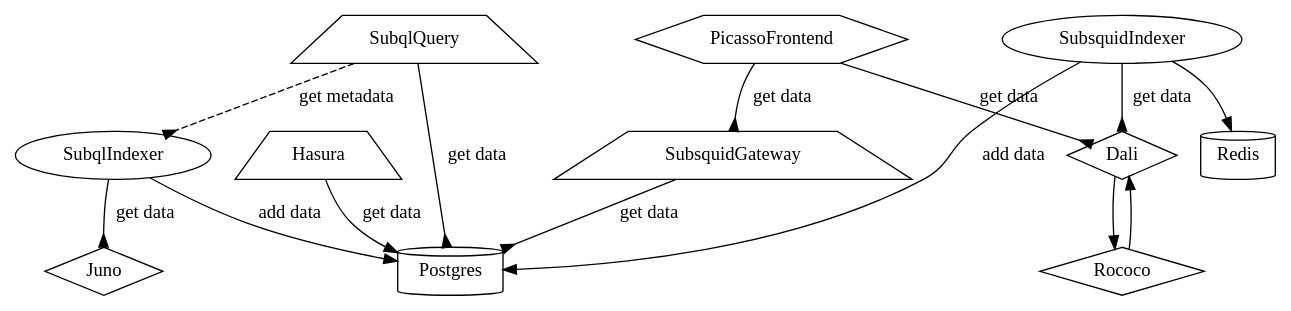
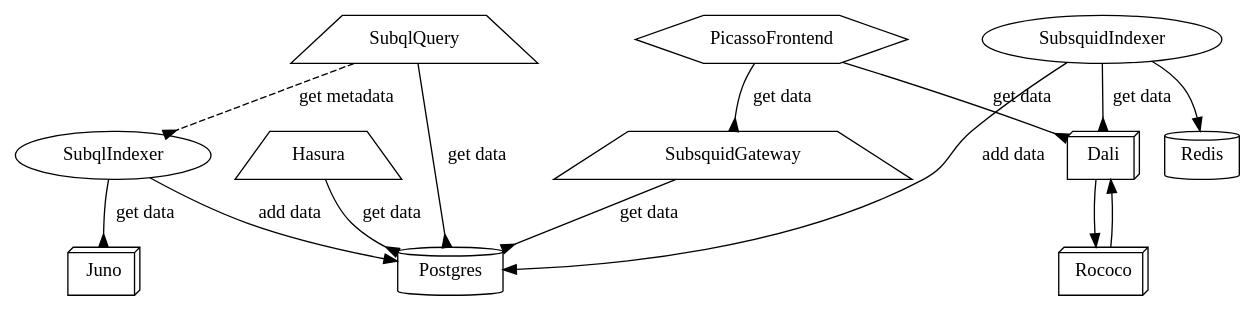
The diagram in .nix/arion-xcvm.dot (ComposableFi/composable), drawn with Graphviz before and after one commit. The commit also changed 2 other files, not shown here.

```diff
--- a/.nix/arion-xcvm.dot
+++ b/.nix/arion-xcvm.dot
@@ -1,25 +1,25 @@
 digraph arion_xcvm {
-    Dali [shape = diamond]
-    Rococo [shape = diamond]
-    Juno [shape = diamond]
+    Dali [shape = box3d]
+    Rococo [shape = box3d]
+    Juno [shape = box3d]
     Hasura [shape = trapezium]    
     SubqlQuery [shape = trapezium]
     SubsquidGateway [shape = trapezium]
     Postgres [shape = cylinder]
     Redis [shape = cylinder]
     PicassoFrontend [shape=hexagon]
     
     PicassoFrontend -> Dali [label = "get data" arrowhead = inv]
     PicassoFrontend -> SubsquidGateway [label = "get data" arrowhead = inv]
-    Hasura -> Postgres [label = "get data"]
+    Hasura -> Postgres [label = "get data" arrowhead = inv]
     SubqlIndexer -> Juno [label = "get data" arrowhead = inv]
     SubsquidIndexer -> Redis
     SubsquidIndexer -> Postgres [label = "add data"]
     SubsquidIndexer -> Dali [label = "get data" arrowhead = inv]
     SubqlIndexer -> Postgres [label = "add data"]
     SubqlQuery -> Postgres [label = "get data" arrowhead = inv]
     SubqlQuery -> SubqlIndexer [style = dashed label = "get metadata" arrowhead = inv]
     SubsquidGateway -> Postgres [label = "get data" arrowhead = inv]
     Dali -> Rococo
     Rococo -> Dali 
 }
```
